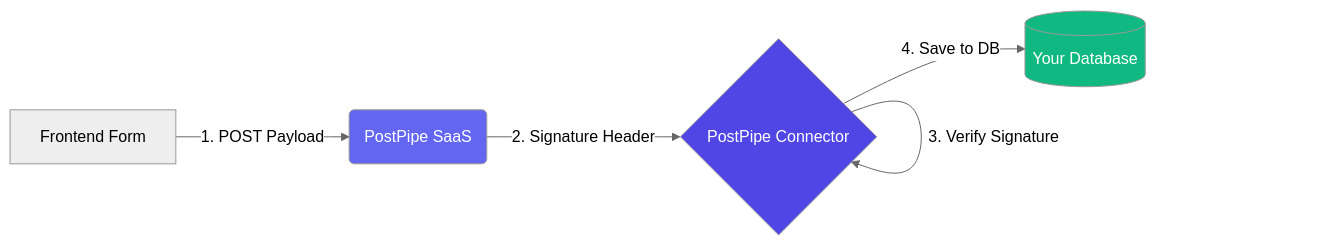
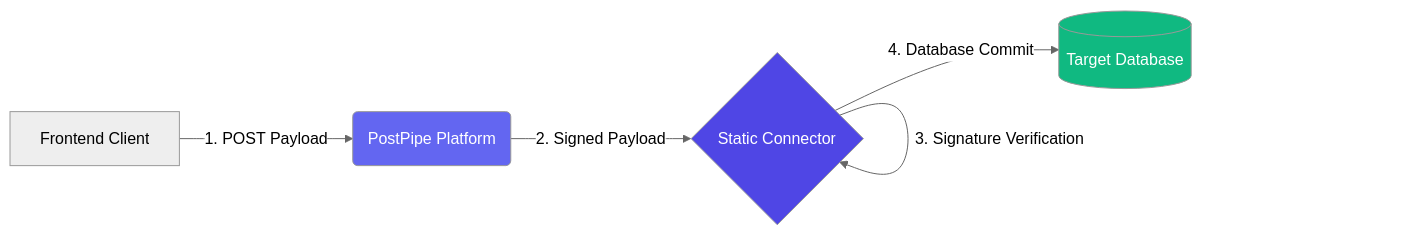
One commit to PostPipe/Postpipe-2.0-fontend changed the diagram in documentation/guides/static-connector.md. Above: the diagram before and after it, drawn with Mermaid (neutral theme). The commit also changed other lines of this file and 7 other files, not shown here.

````diff
--- a/documentation/guides/static-connector.md
+++ b/documentation/guides/static-connector.md
@@ -11,11 +12,11 @@
 ```mermaid
 graph LR
-    A[Frontend Form] -- "1. POST Payload" --> B(PostPipe SaaS)
-    B -- "2. Signature Header" --> C{PostPipe Connector}
-    C -- "3. Verify Signature" --> C
-    C -- "4. Save to DB" --> D[(Your Database)]
+    A[Frontend Client] -- "1. POST Payload" --> B(PostPipe Platform)
+    B -- "2. Signed Payload" --> C{Static Connector}
+    C -- "3. Signature Verification" --> C
+    C -- "4. Database Commit" --> D[(Target Database)]
     
     style B fill:#6366f1,color:#fff
     style C fill:#4f46e5,color:#fff
     style D fill:#10b981,color:#fff
 ```
````
